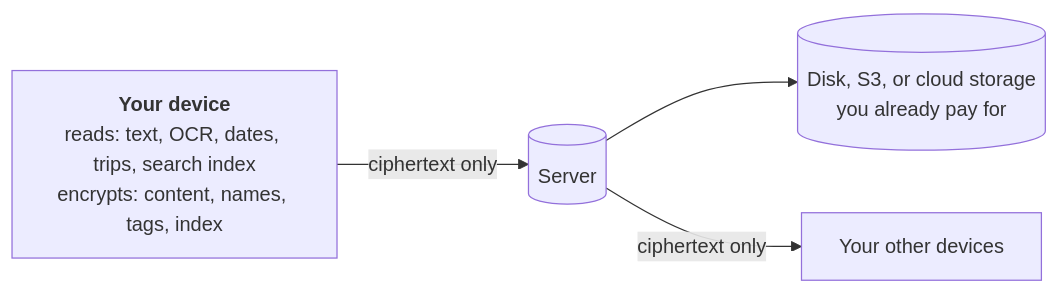
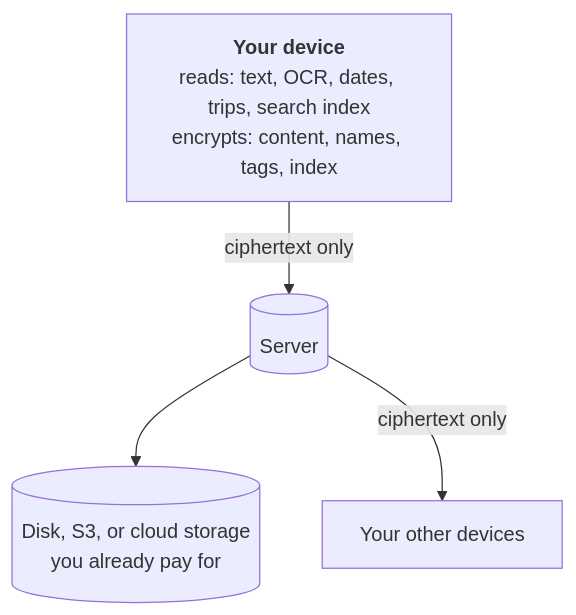
The first of 2 diagrams in README.md (harsharahul/engramer-store), drawn with Mermaid before and after one commit.

Commit message:
docs: the privacy diagram reads top to bottom
Designed by Harsha Rahul

````diff
--- a/README.md
+++ b/README.md
@@ -56,7 +56,7 @@
 ```mermaid
-flowchart LR
+flowchart TB
   device["<b>Your device</b><br/>reads: text, OCR, dates, trips, search index<br/>encrypts: content, names, tags, index"]
   device -- "ciphertext only" --> server[("Server")]
   server --> store[("Disk, S3, or cloud storage<br/>you already pay for")]
   server -- "ciphertext only" --> other["Your other devices"]
 ```
````
